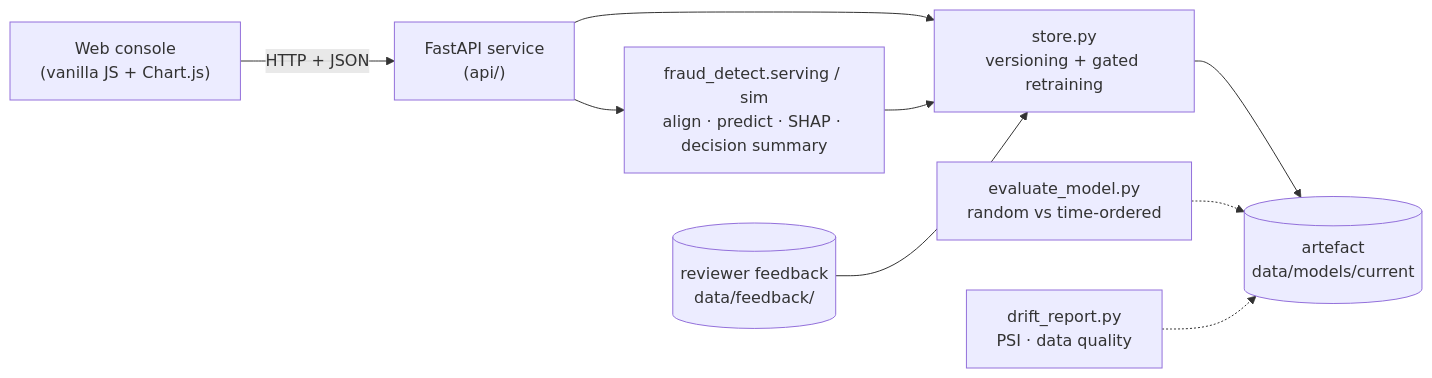
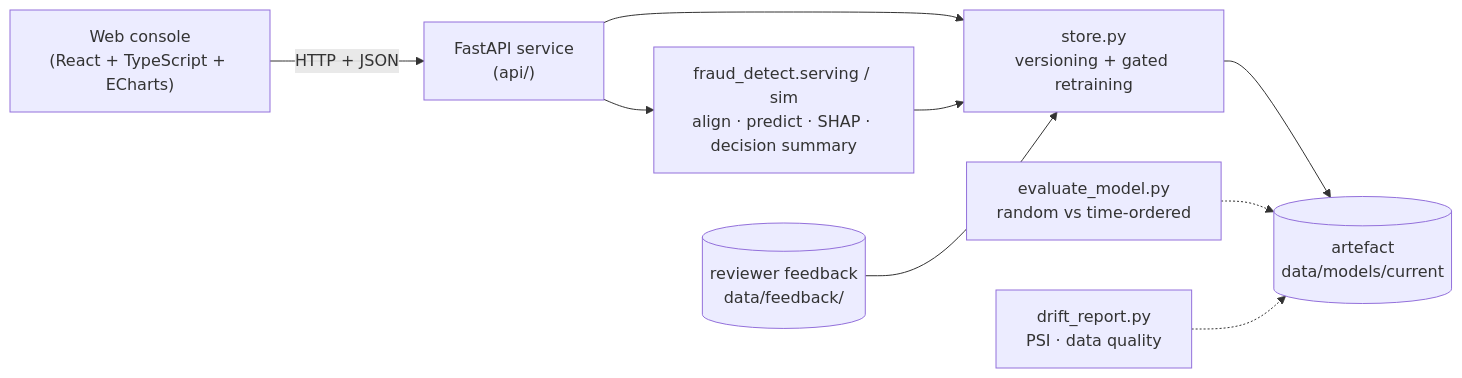
The diagram in README.md (knsiuss/ieee-fraud-detection), drawn with Mermaid before and after one commit. The commit also changed other lines of this file and 44 other files, not shown here.

````diff
--- a/README.md
+++ b/README.md
@@ -102,11 +102,11 @@
 ```mermaid
 flowchart LR
-    UI["Web console<br/>(vanilla JS + Chart.js)"] -->|HTTP + JSON| REST["FastAPI service<br/>(api/)"]
+    UI["Web console<br/>(React + TypeScript + ECharts)"] -->|HTTP + JSON| REST["FastAPI service<br/>(api/)"]
     REST --> ALGO["fraud_detect.serving / sim<br/>align · predict · SHAP · decision summary"]
     REST --> STORE["store.py<br/>versioning + gated retraining"]
     ALGO --> STORE
     STORE --> MODEL[("artefact<br/>data/models/current")]
     FB[("reviewer feedback<br/>data/feedback/")] --> STORE
     EVAL["evaluate_model.py<br/>random vs time-ordered"] -.-> MODEL
     DRIFT["drift_report.py<br/>PSI · data quality"] -.-> MODEL
 ```
````
